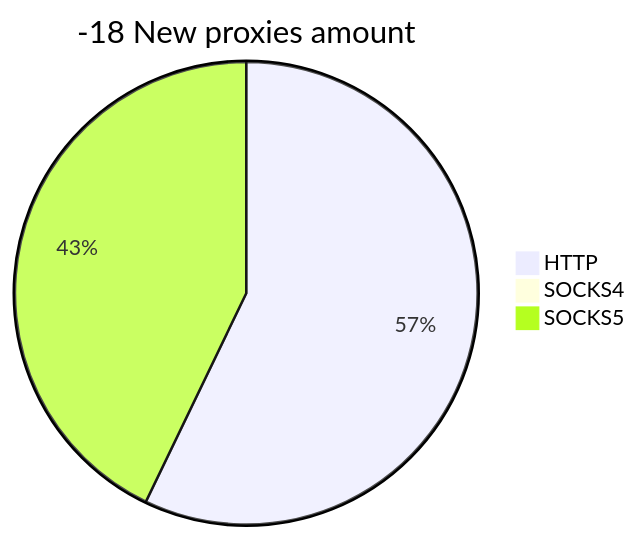
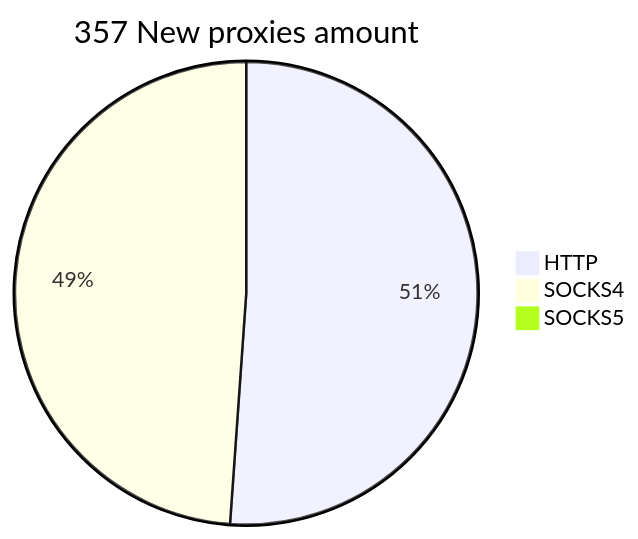
The second of 2 diagrams in README.md (cutipu/proxylist), drawn with Mermaid before and after one commit. The commit also changed other lines of this file, not shown here.

````diff
--- a/README.md
+++ b/README.md
@@ -10,6 +10,6 @@
 ```mermaid
-pie title -18 New proxies amount
-    "HTTP" : 44
-    "SOCKS4" : 0
-    "SOCKS5" : 33
+pie title 357 New proxies amount
+    "HTTP" : 183
+    "SOCKS4" : 175
+    "SOCKS5" : 0
 ```
````
